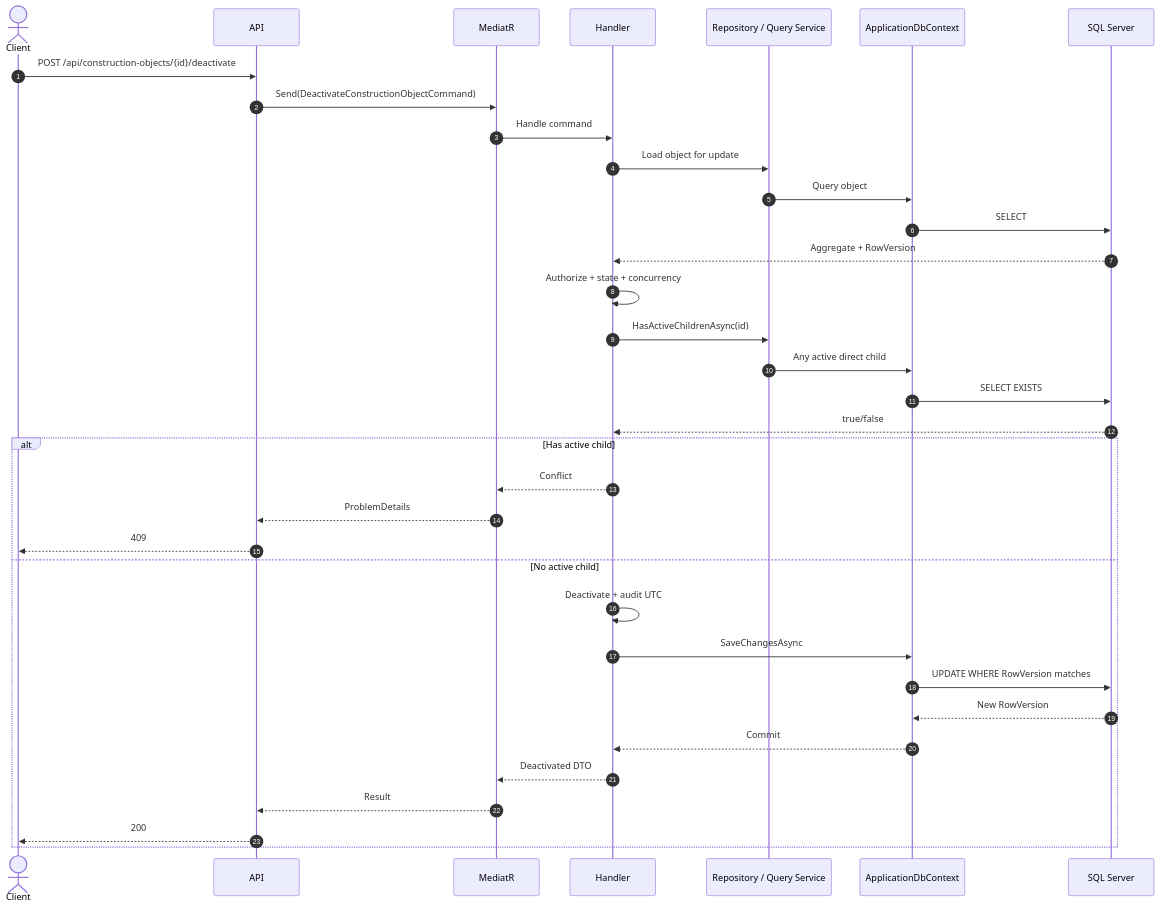
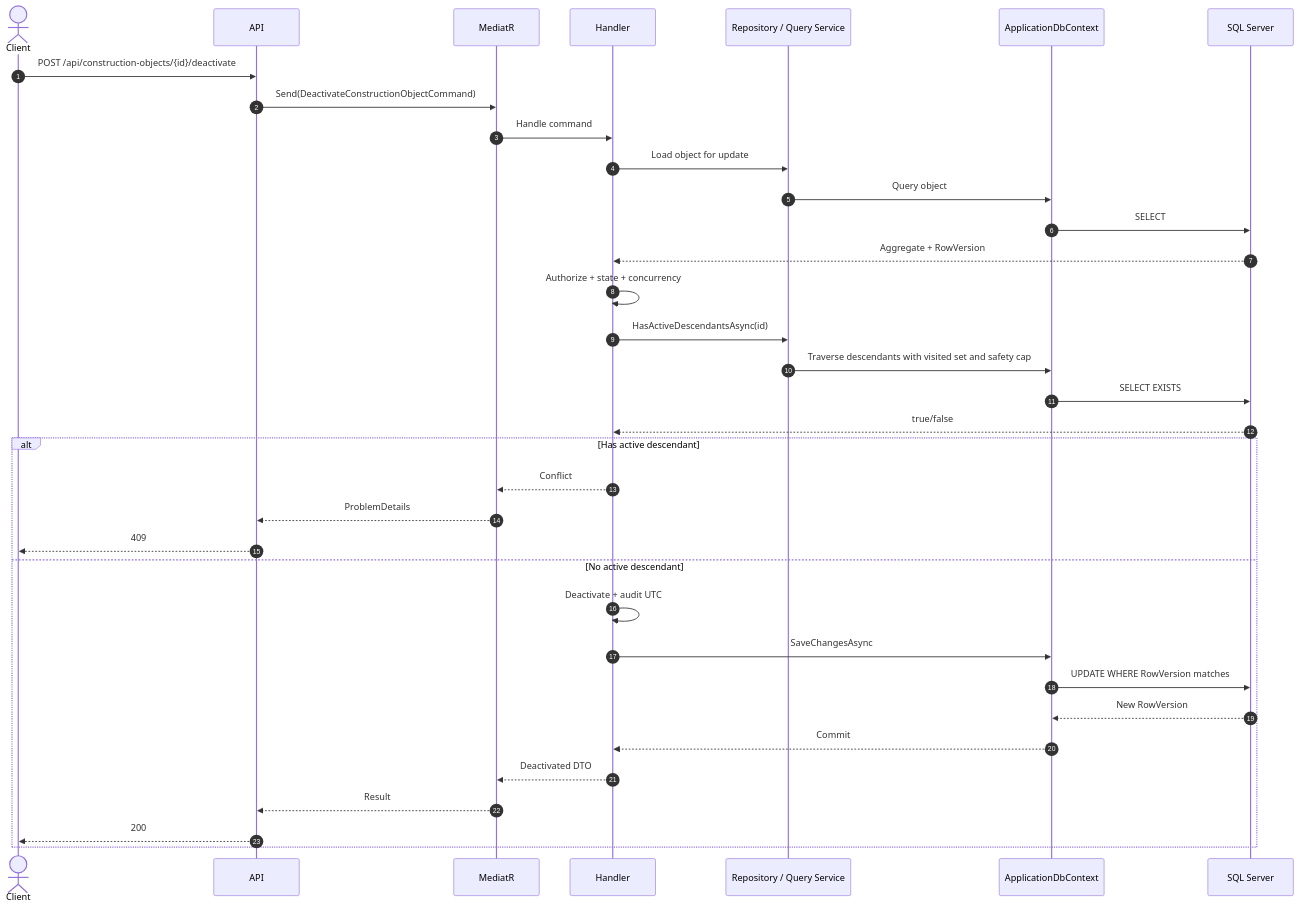
One commit to ngockhanhdo0211/ConstructionInspectionTraining changed the third of 3 diagrams in docs/04-construction-object-vertical-slice-design.md. Above: the diagram before and after it, drawn with Mermaid. The commit also changed other lines of this file, not shown here.

````diff
--- a/docs/04-construction-object-vertical-slice-design.md
+++ b/docs/04-construction-object-vertical-slice-design.md
@@ -600,38 +600,38 @@
 ```mermaid
 sequenceDiagram
     autonumber
     actor Client
     participant API
     participant MediatR
     participant Handler
     participant Repo as Repository / Query Service
     participant Db as ApplicationDbContext
     participant SQL as SQL Server
 
     Client->>API: POST /api/construction-objects/{id}/deactivate
     API->>MediatR: Send(DeactivateConstructionObjectCommand)
     MediatR->>Handler: Handle command
     Handler->>Repo: Load object for update
     Repo->>Db: Query object
     Db->>SQL: SELECT
     SQL-->>Handler: Aggregate + RowVersion
     Handler->>Handler: Authorize + state + concurrency
-    Handler->>Repo: HasActiveChildrenAsync(id)
-    Repo->>Db: Any active direct child
+    Handler->>Repo: HasActiveDescendantsAsync(id)
+    Repo->>Db: Traverse descendants with visited set and safety cap
     Db->>SQL: SELECT EXISTS
     SQL-->>Handler: true/false
-    alt Has active child
+    alt Has active descendant
         Handler-->>MediatR: Conflict
         MediatR-->>API: ProblemDetails
         API-->>Client: 409
-    else No active child
+    else No active descendant
         Handler->>Handler: Deactivate + audit UTC
         Handler->>Db: SaveChangesAsync
         Db->>SQL: UPDATE WHERE RowVersion matches
         SQL-->>Db: New RowVersion
         Db-->>Handler: Commit
         Handler-->>MediatR: Deactivated DTO
         MediatR-->>API: Result
         API-->>Client: 200
     end
 ```
````
